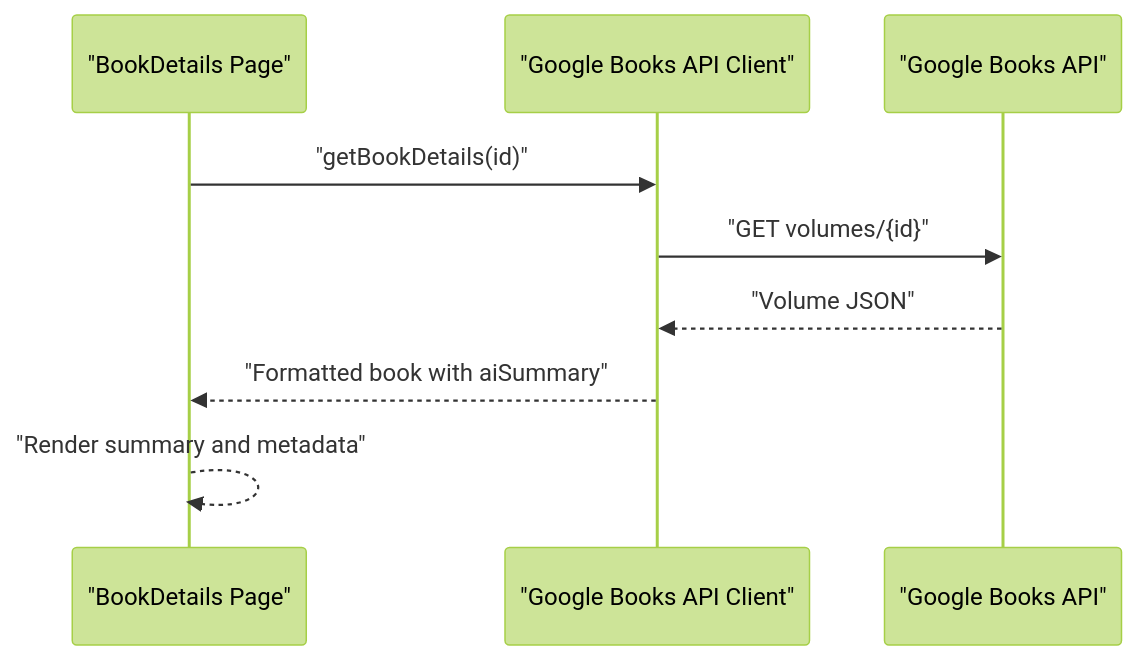
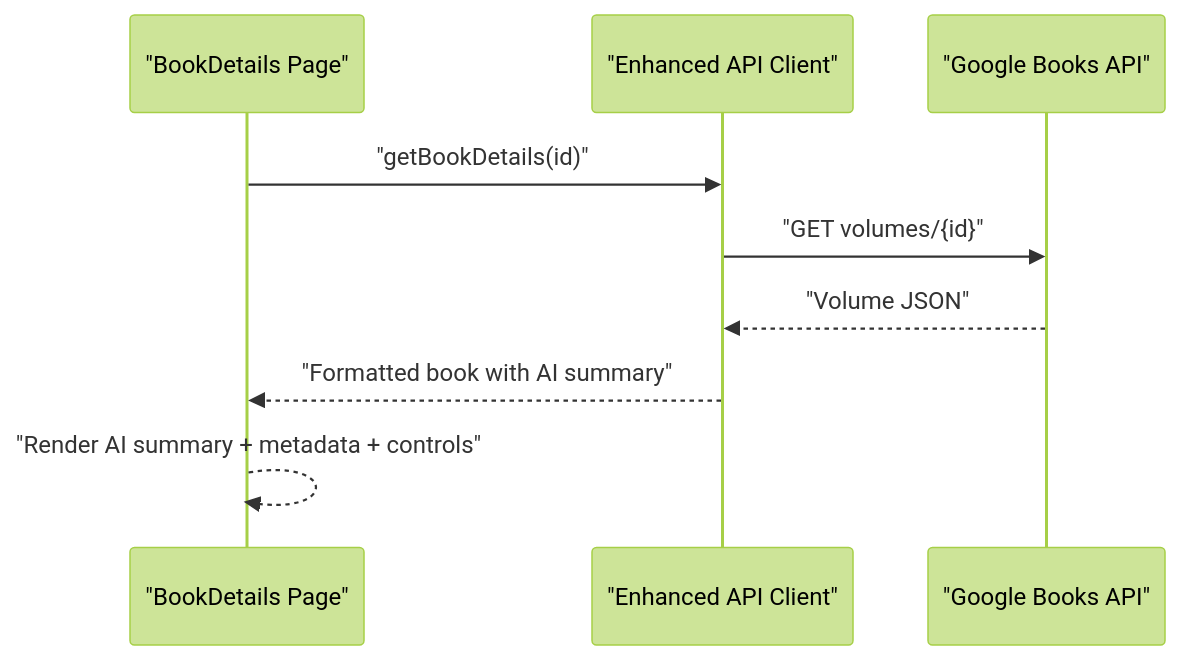
The fifth of 7 diagrams in .qoder/repowiki/en/content/AI-Powered Features.md (ganesh-NB/readsphere), drawn with Mermaid (forest theme) before and after one commit. The commit also changed other lines of this file and 46 other files, not shown here.

````diff
--- a/.qoder/repowiki/en/content/AI-Powered Features.md
+++ b/.qoder/repowiki/en/content/AI-Powered Features.md
@@ -210,11 +256,11 @@
 ```mermaid
 sequenceDiagram
 participant UI as "BookDetails Page"
-participant API as "Google Books API Client"
+participant API as "Enhanced API Client"
 participant GB as "Google Books API"
 UI->>API : "getBookDetails(id)"
 API->>GB : "GET volumes/{id}"
 GB-->>API : "Volume JSON"
-API-->>UI : "Formatted book with aiSummary"
-UI-->>UI : "Render summary and metadata"
+API-->>UI : "Formatted book with AI summary"
+UI-->>UI : "Render AI summary + metadata + controls"
 ```
````
